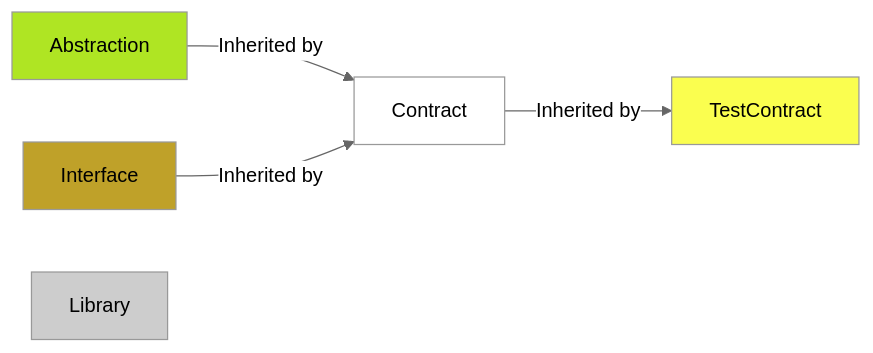
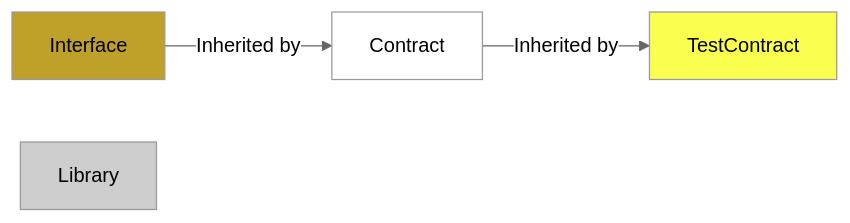
The second of 2 diagrams in packages/nitro-protocol/contracts/inheritance-graph.md (statechannels/statechannels), drawn with Mermaid (neutral theme) before and after one commit. The commit also changed other lines of this file, not shown here.

Commit message:
Update inheritance graph

````diff
--- a/packages/nitro-protocol/contracts/inheritance-graph.md
+++ b/packages/nitro-protocol/contracts/inheritance-graph.md
@@ -64,18 +63,17 @@
 ```mermaid
 graph LR
 linkStyle default interpolate basis
-Abstraction-->|Inherited by| Contract
 Contract-->|Inherited by| TestContract
 Interface-->|Inherited by| Contract
 Library
 classDef Contract fill:#ffffff;
 classDef Abstraction fill:#afe523;
 classDef TestContract fill:#fafe4f;
 classDef Interface fill:#bfa129;
 classDef Library fill:#bbbb;
 class Library Library;
 class Abstraction Abstraction;
 class Contract Contract;
 class TestContract TestContract;
 class Interface Interface;
 ```
````
